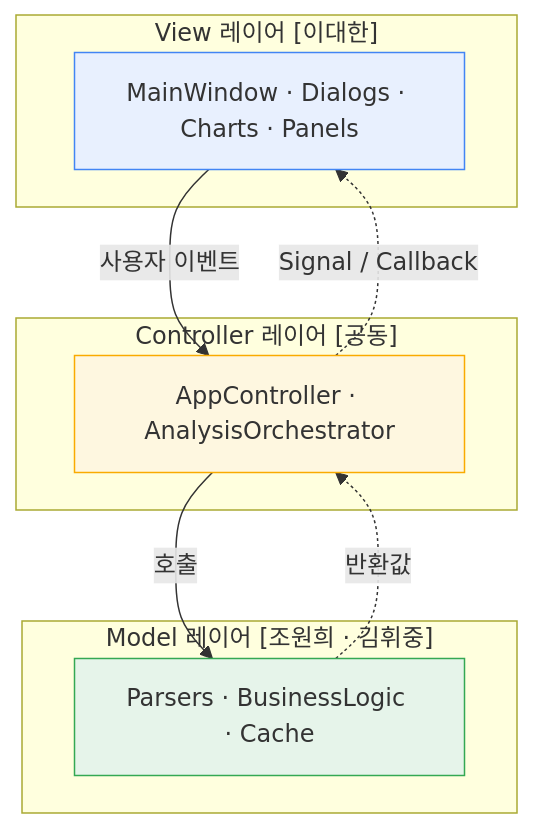
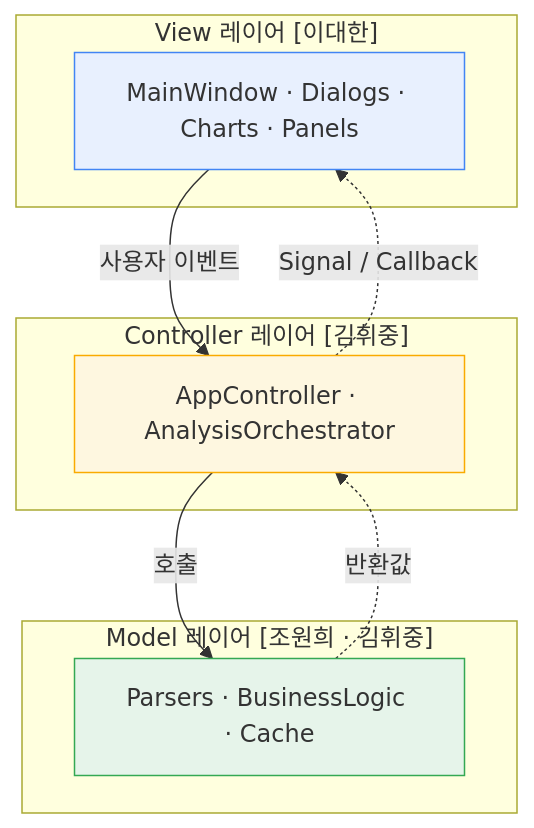
Before and after one commit to Eucliwood32/Software_Engineering_mirae: the first of 6 diagrams in docs/02-design-planning/architecture-overview.md, drawn with Mermaid. The commit also changed other lines of this file, not shown here.

First line of the commit message:
Update architecture-overview.md

````diff
--- a/docs/02-design-planning/architecture-overview.md
+++ b/docs/02-design-planning/architecture-overview.md
@@ -53,24 +53,24 @@
 ```mermaid
 flowchart TD
     subgraph View["View 레이어 [이대한]"]
         V[MainWindow · Dialogs · Charts · Panels]
     end
-    subgraph Controller["Controller 레이어 [공동]"]
+    subgraph Controller["Controller 레이어 [김휘중]"]
         C[AppController · AnalysisOrchestrator]
     end
     subgraph Model["Model 레이어 [조원희 · 김휘중]"]
         M[Parsers · BusinessLogic · Cache]
     end
 
     V -->|사용자 이벤트| C
     C -->|호출| M
     M -.->|반환값| C
     C -.->|Signal / Callback| V
 
     classDef view fill:#e8f0fe,stroke:#4285f4;
     classDef ctrl fill:#fef7e0,stroke:#f9ab00;
     classDef model fill:#e6f4ea,stroke:#34a853;
     class V view;
     class C ctrl;
     class M model;
 ```
````
